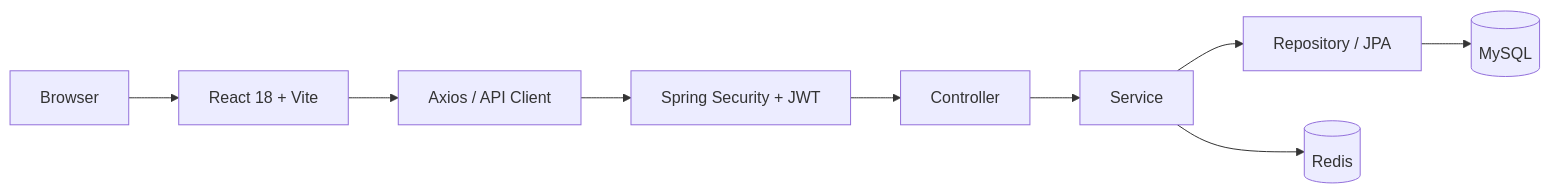
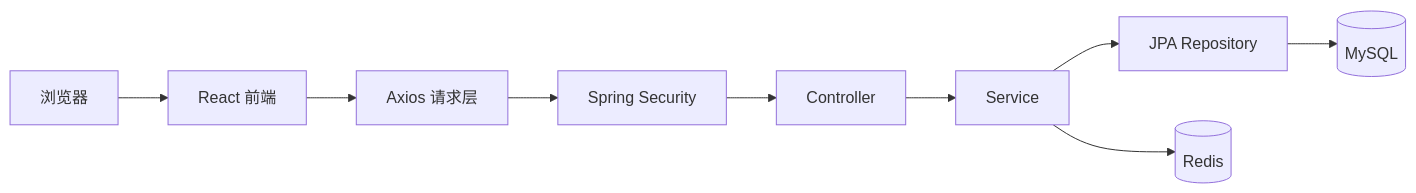
The first of 3 diagrams in README.md (XioAlien/voting), drawn with Mermaid before and after one commit. The commit also changed other lines of this file, not shown here.

Commit message:
简化图表

````diff
--- a/README.md
+++ b/README.md
@@ -25,11 +25,21 @@
 ```mermaid
 flowchart LR
-    Browser[Browser] --> React[React 18 + Vite]
-    React --> Axios[Axios / API Client]
-    Axios --> Security[Spring Security + JWT]
-    Security --> Controller[Controller]
-    Controller --> Service[Service]
-    Service --> Repository[Repository / JPA]
-    Repository --> MySQL[(MySQL)]
-    Service --> Redis[(Redis)]
+    browser[浏览器]
+    frontend[React 前端]
+    client[Axios 请求层]
+    security[Spring Security]
+    controller[Controller]
+    service[Service]
+    repository[JPA Repository]
+    mysql[(MySQL)]
+    redis[(Redis)]
+
+    browser --> frontend
+    frontend --> client
+    client --> security
+    security --> controller
+    controller --> service
+    service --> repository
+    repository --> mysql
+    service --> redis
 ```
````
